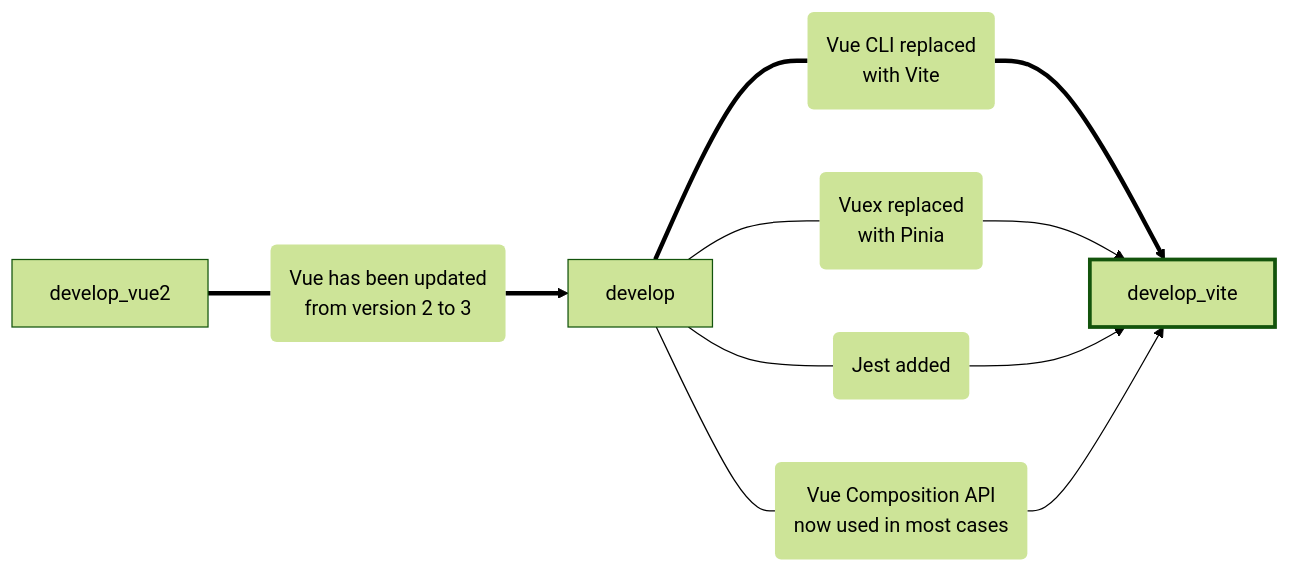
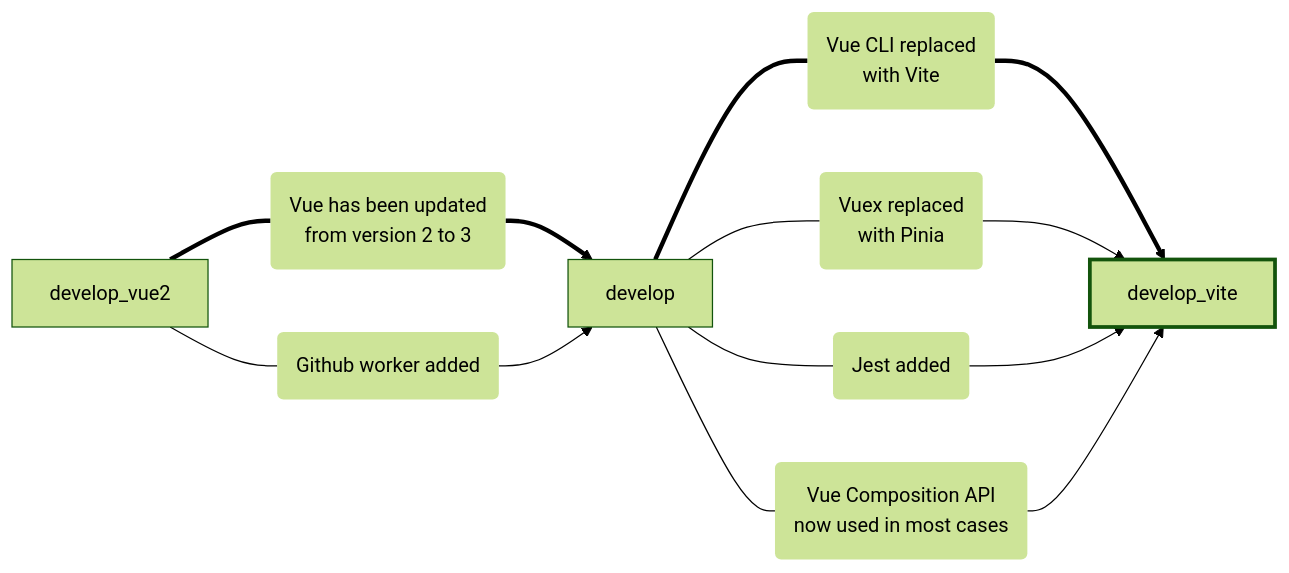
Before and after one commit to cclarice/CodeGlossary: the diagram in README.md, drawn with Mermaid (forest theme).

````diff
--- a/README.md
+++ b/README.md
@@ -32,21 +32,24 @@
 ```mermaid
 graph LR;
     vue2[develop_vue2] === vue2u(Vue has been updated<br />from version 2 to 3) ==> vue3[develop] === viteu0(Vue CLI replaced<br />with Vite) ==> vite[develop_vite]
+    vue2 --- vu2u0(Github worker added) --> vue3
     vue3 --- viteu1(Vuex replaced<br /> with Pinia) --> vite
     vue3 --- viteu2(Jest added) --> vite
     vue3 --- viteu3(Vue Composition API<br />now used in most cases) --> vite
     style vue2u stroke-width:0px
+    style vu2u0 stroke-width:0px
     style viteu0 stroke-width:0px
     style viteu1 stroke-width:0px
     style viteu2 stroke-width:0px
     style viteu3 stroke-width:0px
     style vite stroke-width:3px
     click vue2 "https://github.com/codeglossary/CodeGlossary/tree/develop_vue2"
     click vue3 "https://github.com/codeglossary/CodeGlossary/tree/develop"
     click vite "https://github.com/codeglossary/CodeGlossary/tree/develop-vite"
     click vue2u "https://v3-migration.vuejs.org/"
+    click vue2u0 "https://github.com/codeglossary/CodeGlossary/blob/develop-vite/.github/workflows/node.js.yml"
     click viteu0 "https://vitejs.dev/guide/"
     click viteu1 "https://pinia.vuejs.org/introduction.html"
     click viteu2 "https://jestjs.io/docs/getting-started"
     click viteu3 "https://vuejs.org/guide/extras/composition-api-faq.html"
 ```
````
